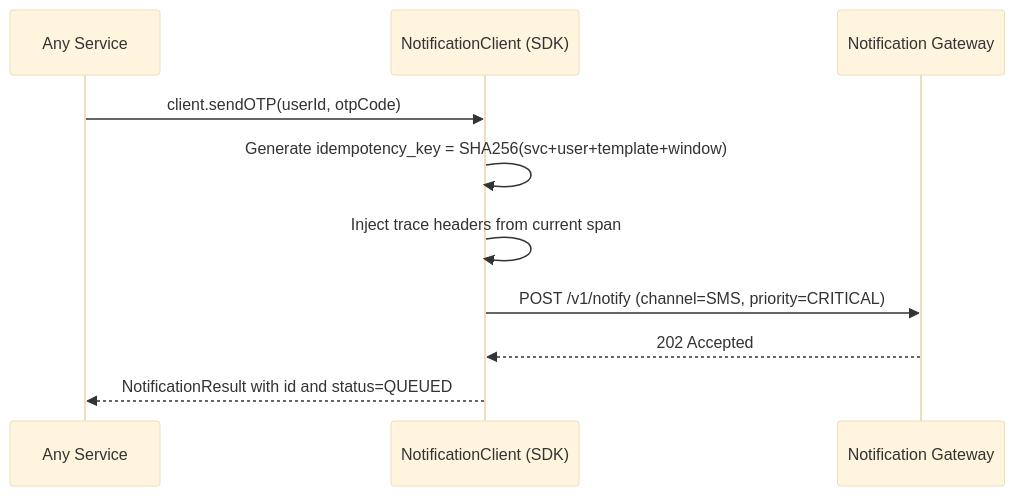
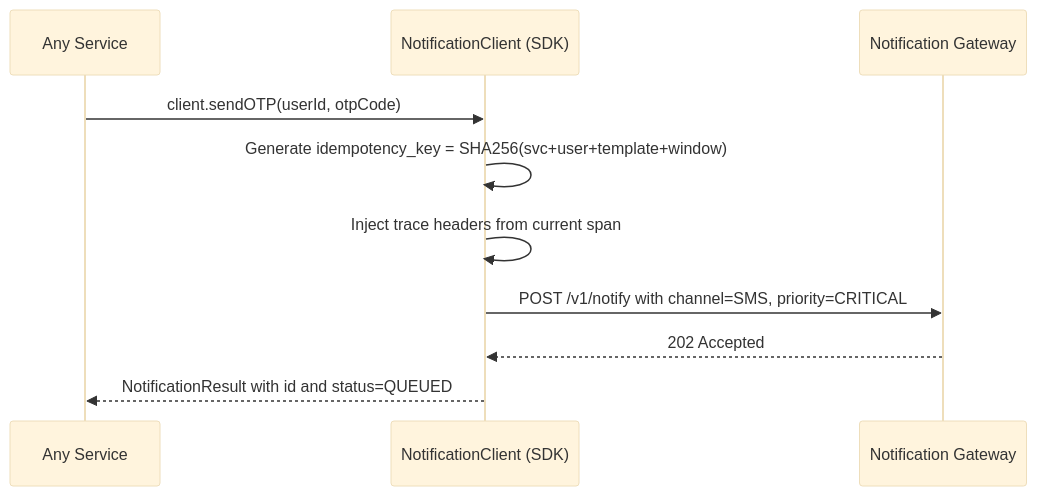
Before and after one commit to bindian0509/system-design: the third of 7 diagrams in notification-service/design/integration-patterns.md, drawn with Mermaid (base theme). The commit also changed other lines of this file, not shown here.

Commit message:
fixing mermaid IV

````diff
--- a/notification-service/design/integration-patterns.md
+++ b/notification-service/design/integration-patterns.md
@@ -107,13 +107,13 @@
 ```mermaid
 sequenceDiagram
     participant S as Any Service
     participant SDK as NotificationClient (SDK)
     participant GW as Notification Gateway
 
     S->>SDK: client.sendOTP(userId, otpCode)
     SDK->>SDK: Generate idempotency_key = SHA256(svc+user+template+window)
     SDK->>SDK: Inject trace headers from current span
-    SDK->>GW: POST /v1/notify (channel=SMS, priority=CRITICAL)
+    SDK->>GW: POST /v1/notify with channel=SMS, priority=CRITICAL
     GW-->>SDK: 202 Accepted
     SDK-->>S: NotificationResult with id and status=QUEUED
 ```
````
